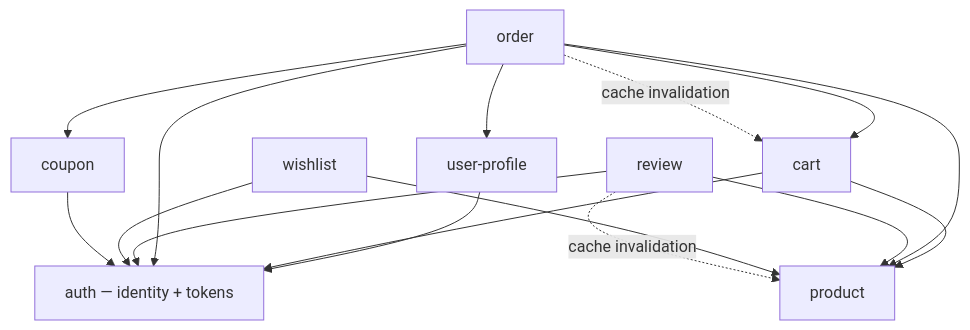
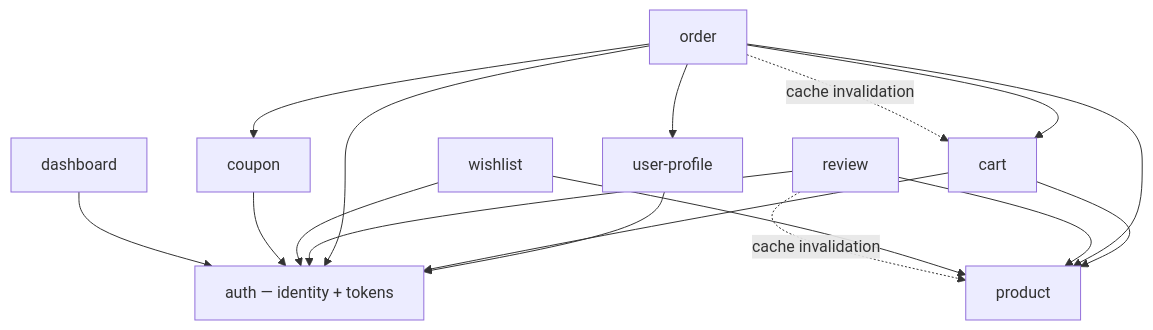
The second of 2 diagrams in frontend-react/docs/FE-ARCHITECTURE.md (Hy-Khang/E-commerce-shop-Amazon-), drawn with Mermaid before and after one commit. The commit also changed other lines of this file and 35 other files, not shown here.

Commit message:
feat: implement admin dashboard with analytics, inventory monitoring, and modular feature architecture

````diff
--- a/frontend-react/docs/FE-ARCHITECTURE.md
+++ b/frontend-react/docs/FE-ARCHITECTURE.md
@@ -190,21 +193,23 @@
 ```mermaid
 graph TD
     Auth["auth — identity + tokens"]
     UP["user-profile"] --> Auth
     Product["product"]
     Cart["cart"] --> Auth
     Cart --> Product
     Order["order"] --> Auth
     Order --> Cart
     Order --> UP
     Order --> Product
     Review["review"] --> Auth
     Review --> Product
     Wishlist["wishlist"] --> Auth
     Wishlist --> Product
     Coupon["coupon"] --> Auth
     Order --> Coupon
 
+    Dashboard["dashboard"] --> Auth
+
     Order -.->|cache invalidation| Cart
     Review -.->|cache invalidation| Product
 ```
````
